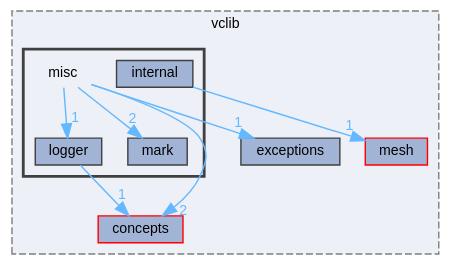
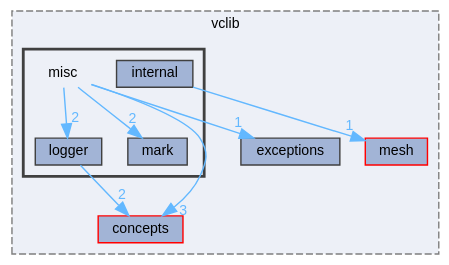
The diagram in static/vclib/dir_1d5d86545c5ee72848d4833136f0caa9_dep.dot (alemuntoni/alemuntoni.github.io), drawn with Graphviz before and after one commit. The commit also changed 1482 other files, not shown here.

```diff
--- a/static/vclib/dir_1d5d86545c5ee72848d4833136f0caa9_dep.dot
+++ b/static/vclib/dir_1d5d86545c5ee72848d4833136f0caa9_dep.dot
@@ -1,27 +1,27 @@
 digraph "/home/runner/work/vclib/vclib/include/vclib/misc"
 {
  // LATEX_PDF_SIZE
   bgcolor="transparent";
   edge [fontname=Helvetica,fontsize=10,labelfontname=Helvetica,labelfontsize=10];
   node [fontname=Helvetica,fontsize=10,shape=box,height=0.2,width=0.4];
   compound=true
   subgraph clusterdir_d2fdbf172f8ae9790b339bfcb66b3af7 {
     graph [ bgcolor="#edf0f7", pencolor="grey50", label="vclib", fontname=Helvetica,fontsize=10 style="filled,dashed", URL="dir_d2fdbf172f8ae9790b339bfcb66b3af7.html",tooltip=""]
   dir_b7cba7c08bd1746e313314f7773d6465 [label="mesh", fillcolor="#a2b4d6", color="red", style="filled", URL="dir_b7cba7c08bd1746e313314f7773d6465.html",tooltip=""];
   dir_d8d31096cdb23314816d0514c2e28657 [label="concepts", fillcolor="#a2b4d6", color="red", style="filled", URL="dir_d8d31096cdb23314816d0514c2e28657.html",tooltip=""];
   dir_faecc92ba3fe640bc81c479e685075f2 [label="exceptions", fillcolor="#a2b4d6", color="grey25", style="filled", URL="dir_faecc92ba3fe640bc81c479e685075f2.html",tooltip=""];
   subgraph clusterdir_1d5d86545c5ee72848d4833136f0caa9 {
     graph [ bgcolor="#edf0f7", pencolor="grey25", label="", fontname=Helvetica,fontsize=10 style="filled,bold", URL="dir_1d5d86545c5ee72848d4833136f0caa9.html",tooltip=""]
     dir_1d5d86545c5ee72848d4833136f0caa9 [shape=plaintext, label="misc"];
   dir_35f5e215d5d28025e43ffcae2a1fa64a [label="internal", fillcolor="#a2b4d6", color="grey25", style="filled", URL="dir_35f5e215d5d28025e43ffcae2a1fa64a.html",tooltip=""];
   dir_9e0e4c62a1fe2ec4573b28f7b7e72013 [label="logger", fillcolor="#a2b4d6", color="grey25", style="filled", URL="dir_9e0e4c62a1fe2ec4573b28f7b7e72013.html",tooltip=""];
   dir_ca5454e6c8b3f126fb725e49f11e0548 [label="mark", fillcolor="#a2b4d6", color="grey25", style="filled", URL="dir_ca5454e6c8b3f126fb725e49f11e0548.html",tooltip=""];
   }
   }
-  dir_1d5d86545c5ee72848d4833136f0caa9->dir_9e0e4c62a1fe2ec4573b28f7b7e72013 [headlabel="1", labeldistance=1.5 headhref="dir_000038_000030.html" color="steelblue1" fontcolor="steelblue1"];
-  dir_1d5d86545c5ee72848d4833136f0caa9->dir_ca5454e6c8b3f126fb725e49f11e0548 [headlabel="2", labeldistance=1.5 headhref="dir_000038_000031.html" color="steelblue1" fontcolor="steelblue1"];
-  dir_1d5d86545c5ee72848d4833136f0caa9->dir_d8d31096cdb23314816d0514c2e28657 [headlabel="2", labeldistance=1.5 headhref="dir_000038_000006.html" color="steelblue1" fontcolor="steelblue1"];
-  dir_1d5d86545c5ee72848d4833136f0caa9->dir_faecc92ba3fe640bc81c479e685075f2 [headlabel="1", labeldistance=1.5 headhref="dir_000038_000012.html" color="steelblue1" fontcolor="steelblue1"];
-  dir_35f5e215d5d28025e43ffcae2a1fa64a->dir_b7cba7c08bd1746e313314f7773d6465 [headlabel="1", labeldistance=1.5 headhref="dir_000023_000035.html" color="steelblue1" fontcolor="steelblue1"];
-  dir_9e0e4c62a1fe2ec4573b28f7b7e72013->dir_d8d31096cdb23314816d0514c2e28657 [headlabel="1", labeldistance=1.5 headhref="dir_000030_000006.html" color="steelblue1" fontcolor="steelblue1"];
+  dir_1d5d86545c5ee72848d4833136f0caa9->dir_9e0e4c62a1fe2ec4573b28f7b7e72013 [headlabel="2", labeldistance=1.5 headhref="dir_000037_000029.html" color="steelblue1" fontcolor="steelblue1"];
+  dir_1d5d86545c5ee72848d4833136f0caa9->dir_ca5454e6c8b3f126fb725e49f11e0548 [headlabel="2", labeldistance=1.5 headhref="dir_000037_000030.html" color="steelblue1" fontcolor="steelblue1"];
+  dir_1d5d86545c5ee72848d4833136f0caa9->dir_d8d31096cdb23314816d0514c2e28657 [headlabel="3", labeldistance=1.5 headhref="dir_000037_000005.html" color="steelblue1" fontcolor="steelblue1"];
+  dir_1d5d86545c5ee72848d4833136f0caa9->dir_faecc92ba3fe640bc81c479e685075f2 [headlabel="1", labeldistance=1.5 headhref="dir_000037_000011.html" color="steelblue1" fontcolor="steelblue1"];
+  dir_35f5e215d5d28025e43ffcae2a1fa64a->dir_b7cba7c08bd1746e313314f7773d6465 [headlabel="1", labeldistance=1.5 headhref="dir_000022_000034.html" color="steelblue1" fontcolor="steelblue1"];
+  dir_9e0e4c62a1fe2ec4573b28f7b7e72013->dir_d8d31096cdb23314816d0514c2e28657 [headlabel="2", labeldistance=1.5 headhref="dir_000029_000005.html" color="steelblue1" fontcolor="steelblue1"];
 }
```
